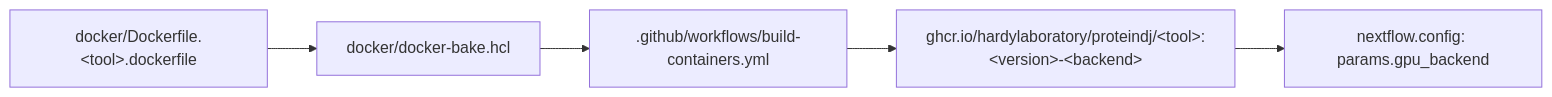
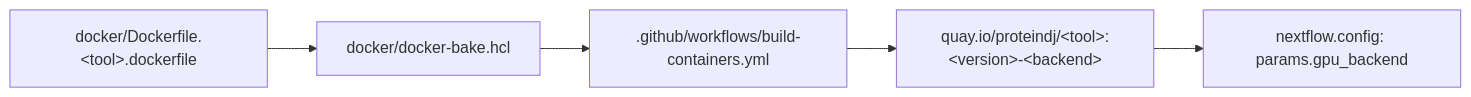
One commit to JoshuaMHardy/proteindj changed the diagram in docs/dev/adding_a_new_container.md. Above: the diagram before and after it, drawn with Mermaid. The commit also changed other lines of this file and 7 other files, not shown here.

````diff
--- a/docs/dev/adding_a_new_container.md
+++ b/docs/dev/adding_a_new_container.md
@@ -11,7 +11,7 @@
 ```mermaid
 graph LR
     A["docker/Dockerfile.&lt;tool&gt;.dockerfile"] --> B[docker/docker-bake.hcl]
     B --> C[".github/workflows/build-containers.yml"]
-    C --> D["ghcr.io/hardylaboratory/proteindj/&lt;tool&gt;:&lt;version&gt;-&lt;backend&gt;"]
+    C --> D["quay.io/proteindj/&lt;tool&gt;:&lt;version&gt;-&lt;backend&gt;"]
     D --> E["nextflow.config: params.gpu_backend"]
 ```
````
